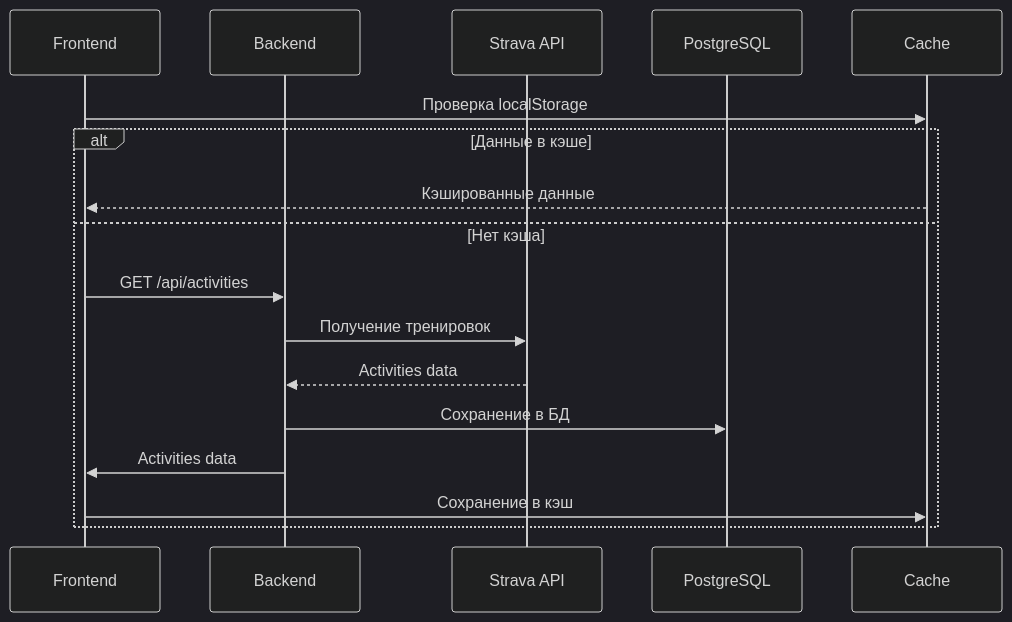
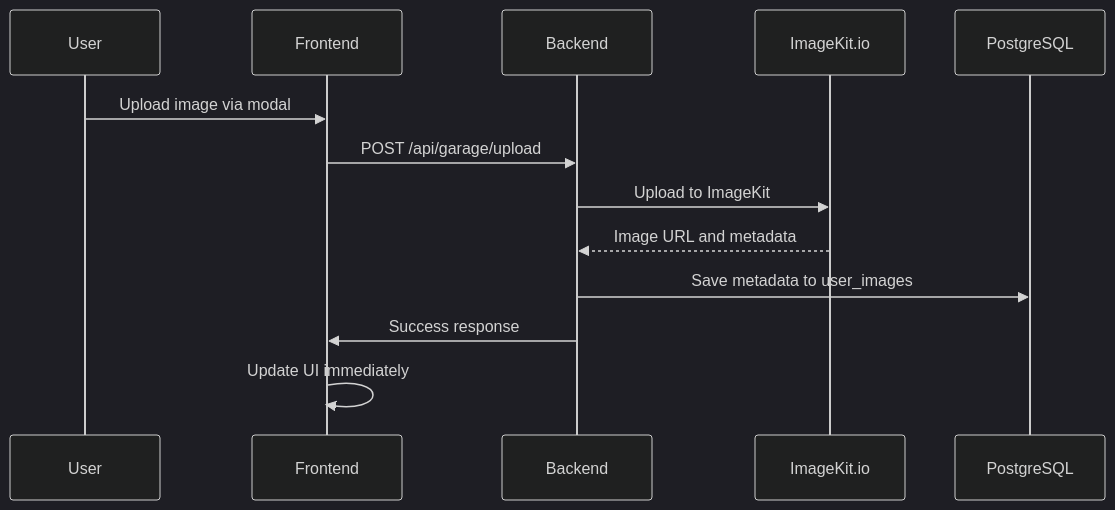
One commit to chester026/cycleprog.github.io changed the second of 4 diagrams in ARCHITECTURE.md. Above: the diagram before and after it, drawn with Mermaid (dark theme). The commit also changed other lines of this file and 39 other files, not shown here.

````diff
--- a/ARCHITECTURE.md
+++ b/ARCHITECTURE.md
@@ -120,20 +127,16 @@
 ```mermaid
 sequenceDiagram
+    participant U as User
     participant F as Frontend
     participant B as Backend
-    participant S as Strava API
+    participant I as ImageKit.io
     participant DB as PostgreSQL
-    participant C as Cache
 
-    F->>C: Проверка localStorage
-    alt Данные в кэше
-        C-->>F: Кэшированные данные
-    else Нет кэша
-        F->>B: GET /api/activities
-        B->>S: Получение тренировок
-        S-->>B: Activities data
-        B->>DB: Сохранение в БД
-        B->>F: Activities data
-        F->>C: Сохранение в кэш
-    end
+    U->>F: Upload image via modal
+    F->>B: POST /api/garage/upload
+    B->>I: Upload to ImageKit
+    I-->>B: Image URL and metadata
+    B->>DB: Save metadata to user_images
+    B->>F: Success response
+    F->>F: Update UI immediately
 ```
````
